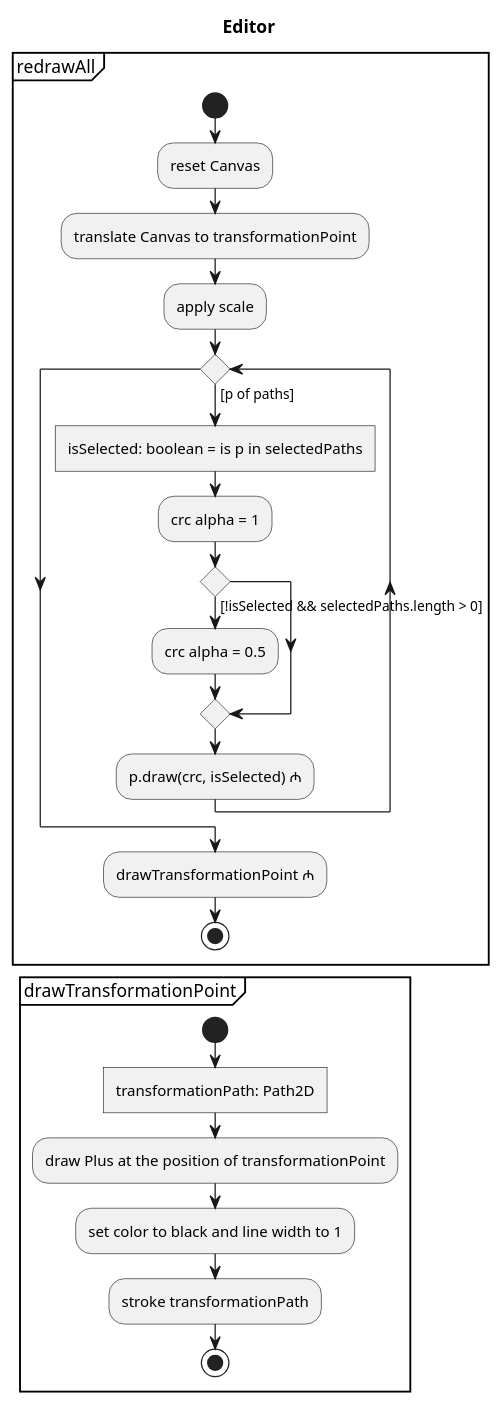
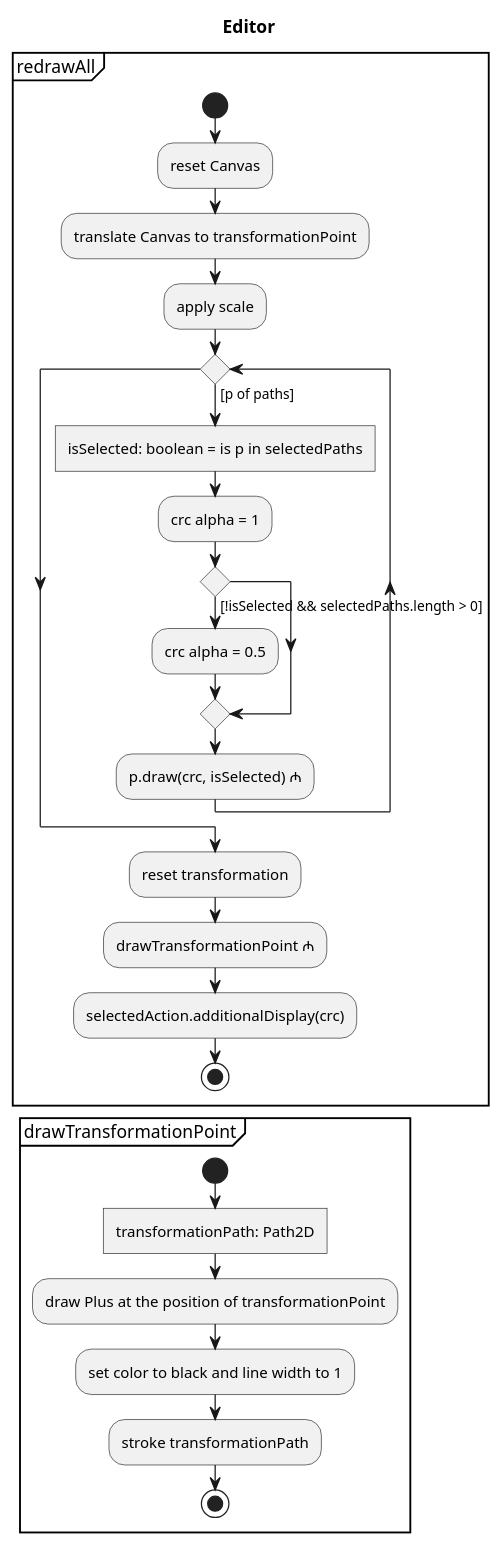
One commit to JirkaDellOro/FUDGE changed the diagram in Experiments/Lukas/VectorEditor/concept/Activities/Editor/redrawAll.puml. Above: the diagram before and after it, drawn with PlantUML. The commit also changed 8 other files, not shown here.

Commit message:
more activity diagrams

```diff
--- a/Experiments/Lukas/VectorEditor/concept/Activities/Editor/redrawAll.puml
+++ b/Experiments/Lukas/VectorEditor/concept/Activities/Editor/redrawAll.puml
@@ -1,35 +1,37 @@
 @startuml UIHandler
 skinparam monochrome true
 
 title Editor
 
 partition redrawAll {
 	start
 	:reset Canvas;
 	:translate Canvas to transformationPoint;
 	:apply scale;
 
 	while() is ([p of paths])
 		:isSelected: boolean = is p in selectedPaths]
 			:crc alpha = 1;
 		if() then ([!isSelected && selectedPaths.length > 0])
 			:crc alpha = 0.5;
 		endif
 		:p.draw(crc, isSelected) ₼;
 	endwhile
 
+	:reset transformation;
 	:drawTransformationPoint ₼;
+	:selectedAction.additionalDisplay(crc);
 
 	stop 
 }
 break
 
 partition drawTransformationPoint {
 	start
 	:transformationPath: Path2D]
 	:draw Plus at the position of transformationPoint;
 	:set color to black and line width to 1;
 	:stroke transformationPath;
 	stop
 }
 @enduml
```
